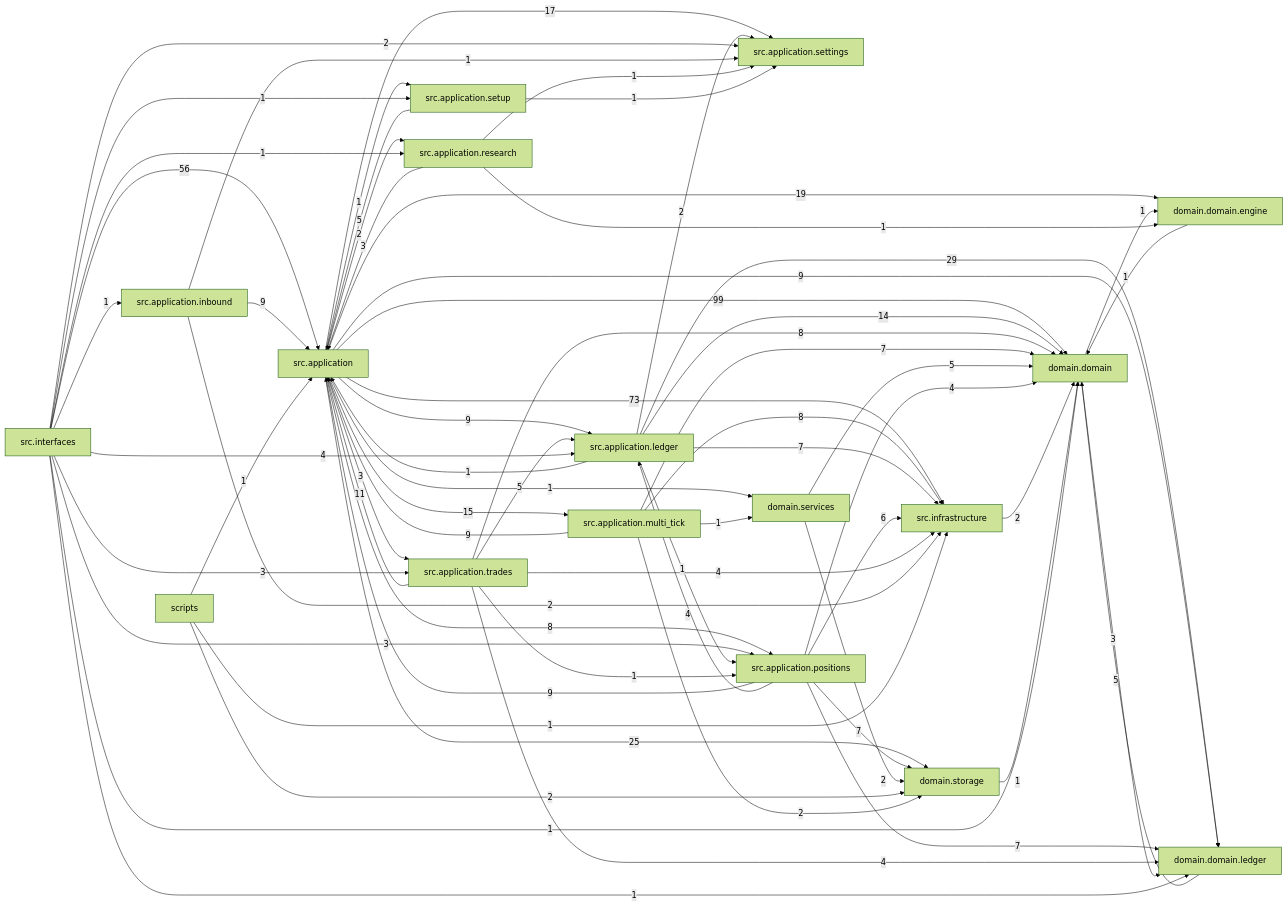
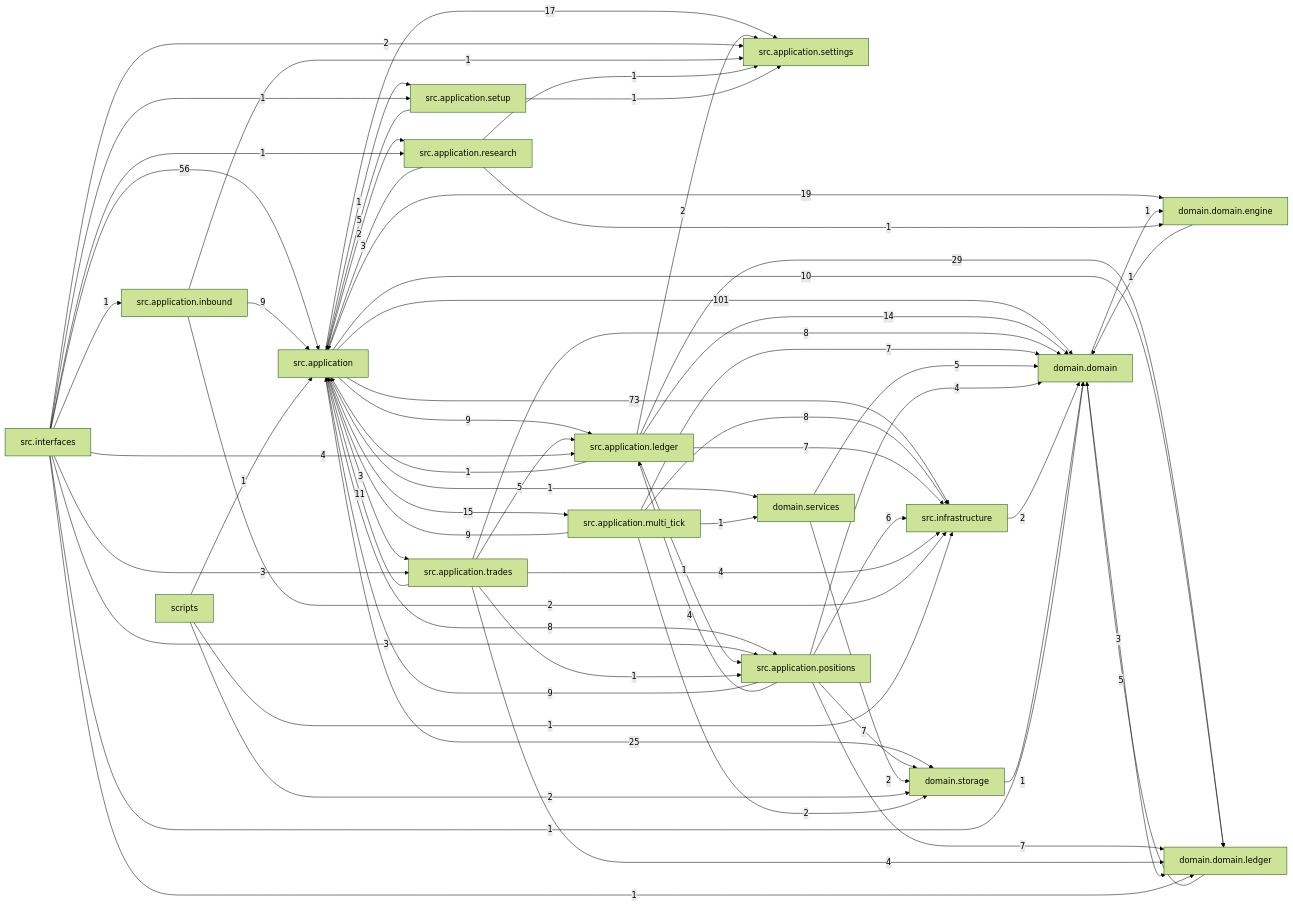
The diagram in docs/dependency_graph.mmd (liuxie066/options-monitor), drawn with Mermaid (forest theme) before and after one commit. The commit also changed 20 other files, not shown here.

```diff
--- a/docs/dependency_graph.mmd
+++ b/docs/dependency_graph.mmd
@@ -1,66 +1,66 @@
 flowchart LR
-  src_application["src.application"] -->|99| domain_domain["domain.domain"]
+  src_application["src.application"] -->|101| domain_domain["domain.domain"]
   src_application["src.application"] -->|73| src_infrastructure["src.infrastructure"]
   src_interfaces["src.interfaces"] -->|56| src_application["src.application"]
   src_application_ledger["src.application.ledger"] -->|29| domain_domain_ledger["domain.domain.ledger"]
   src_application["src.application"] -->|25| domain_storage["domain.storage"]
   src_application["src.application"] -->|19| domain_domain_engine["domain.domain.engine"]
   src_application["src.application"] -->|17| src_application_settings["src.application.settings"]
   src_application["src.application"] -->|15| src_application_multi_tick["src.application.multi_tick"]
   src_application_ledger["src.application.ledger"] -->|14| domain_domain["domain.domain"]
   src_application_trades["src.application.trades"] -->|11| src_application["src.application"]
-  src_application["src.application"] -->|9| domain_domain_ledger["domain.domain.ledger"]
+  src_application["src.application"] -->|10| domain_domain_ledger["domain.domain.ledger"]
   src_application["src.application"] -->|9| src_application_ledger["src.application.ledger"]
   src_application_inbound["src.application.inbound"] -->|9| src_application["src.application"]
   src_application_multi_tick["src.application.multi_tick"] -->|9| src_application["src.application"]
   src_application_positions["src.application.positions"] -->|9| src_application["src.application"]
   src_application["src.application"] -->|8| src_application_positions["src.application.positions"]
   src_application_multi_tick["src.application.multi_tick"] -->|8| src_infrastructure["src.infrastructure"]
   src_application_trades["src.application.trades"] -->|8| domain_domain["domain.domain"]
   src_application_ledger["src.application.ledger"] -->|7| src_infrastructure["src.infrastructure"]
   src_application_multi_tick["src.application.multi_tick"] -->|7| domain_domain["domain.domain"]
   src_application_positions["src.application.positions"] -->|7| domain_domain_ledger["domain.domain.ledger"]
   src_application_positions["src.application.positions"] -->|7| domain_storage["domain.storage"]
   src_application_positions["src.application.positions"] -->|6| src_infrastructure["src.infrastructure"]
   domain_domain_ledger["domain.domain.ledger"] -->|5| domain_domain["domain.domain"]
   domain_services["domain.services"] -->|5| domain_domain["domain.domain"]
   src_application_setup["src.application.setup"] -->|5| src_application["src.application"]
   src_application_trades["src.application.trades"] -->|5| src_application_ledger["src.application.ledger"]
   src_application_positions["src.application.positions"] -->|4| domain_domain["domain.domain"]
   src_application_positions["src.application.positions"] -->|4| src_application_ledger["src.application.ledger"]
   src_application_trades["src.application.trades"] -->|4| domain_domain_ledger["domain.domain.ledger"]
   src_application_trades["src.application.trades"] -->|4| src_infrastructure["src.infrastructure"]
   src_interfaces["src.interfaces"] -->|4| src_application_ledger["src.application.ledger"]
   domain_domain["domain.domain"] -->|3| domain_domain_ledger["domain.domain.ledger"]
   src_application["src.application"] -->|3| src_application_trades["src.application.trades"]
   src_application_research["src.application.research"] -->|3| src_application["src.application"]
   src_interfaces["src.interfaces"] -->|3| src_application_positions["src.application.positions"]
   src_interfaces["src.interfaces"] -->|3| src_application_trades["src.application.trades"]
   domain_services["domain.services"] -->|2| domain_storage["domain.storage"]
   scripts["scripts"] -->|2| domain_storage["domain.storage"]
   src_application["src.application"] -->|2| src_application_research["src.application.research"]
   src_application_inbound["src.application.inbound"] -->|2| src_infrastructure["src.infrastructure"]
   src_application_ledger["src.application.ledger"] -->|2| src_application_settings["src.application.settings"]
   src_application_multi_tick["src.application.multi_tick"] -->|2| domain_storage["domain.storage"]
   src_infrastructure["src.infrastructure"] -->|2| domain_domain["domain.domain"]
   src_interfaces["src.interfaces"] -->|2| src_application_settings["src.application.settings"]
   domain_domain["domain.domain"] -->|1| domain_domain_engine["domain.domain.engine"]
   domain_domain_engine["domain.domain.engine"] -->|1| domain_domain["domain.domain"]
   domain_storage["domain.storage"] -->|1| domain_domain["domain.domain"]
   scripts["scripts"] -->|1| src_application["src.application"]
   scripts["scripts"] -->|1| src_infrastructure["src.infrastructure"]
   src_application["src.application"] -->|1| domain_services["domain.services"]
   src_application["src.application"] -->|1| src_application_setup["src.application.setup"]
   src_application_inbound["src.application.inbound"] -->|1| src_application_settings["src.application.settings"]
   src_application_ledger["src.application.ledger"] -->|1| src_application["src.application"]
   src_application_ledger["src.application.ledger"] -->|1| src_application_positions["src.application.positions"]
   src_application_multi_tick["src.application.multi_tick"] -->|1| domain_services["domain.services"]
   src_application_research["src.application.research"] -->|1| domain_domain_engine["domain.domain.engine"]
   src_application_research["src.application.research"] -->|1| src_application_settings["src.application.settings"]
   src_application_setup["src.application.setup"] -->|1| src_application_settings["src.application.settings"]
   src_application_trades["src.application.trades"] -->|1| src_application_positions["src.application.positions"]
   src_interfaces["src.interfaces"] -->|1| domain_domain["domain.domain"]
   src_interfaces["src.interfaces"] -->|1| domain_domain_ledger["domain.domain.ledger"]
   src_interfaces["src.interfaces"] -->|1| src_application_inbound["src.application.inbound"]
   src_interfaces["src.interfaces"] -->|1| src_application_research["src.application.research"]
   src_interfaces["src.interfaces"] -->|1| src_application_setup["src.application.setup"]
```
